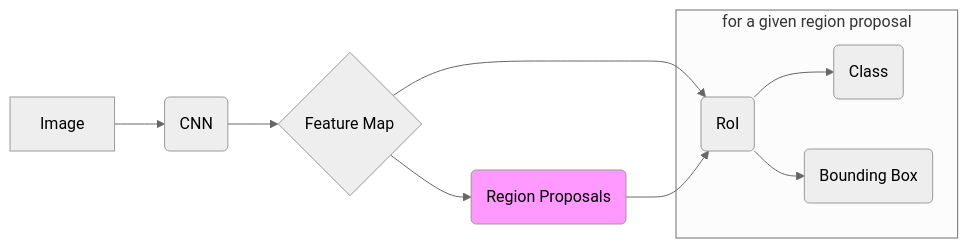
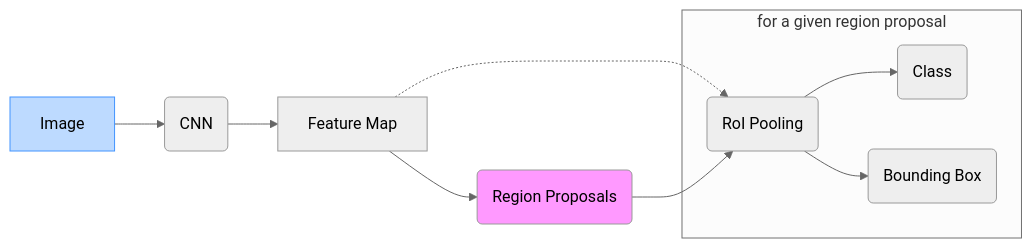
The diagram in thesis/chapters/podejscie/mask_r-cnn/faster_r-cnn.mmd (rzadp/badminton-monorepo), drawn with Mermaid (neutral theme) before and after one commit. The commit also changed 3 other files, not shown here.

```diff
--- a/thesis/chapters/podejscie/mask_r-cnn/faster_r-cnn.mmd
+++ b/thesis/chapters/podejscie/mask_r-cnn/faster_r-cnn.mmd
@@ -1,29 +1,30 @@
 graph LR
 
 %% ...::: NODES :::...
 
 input[Image]
 cnn(CNN)
-feature_map{Feature Map}
+feature_map[Feature Map]
 rpn(Region Proposals)
-roi(RoI)
+roi(RoI Pooling)
 
 clas(Class)
 bounding_box(Bounding Box)
 
 %% ...::: STYLING :::...
 
+style input fill:#bddaff,stroke:#4294ff
 style rpn fill:#f9f
 
 %% ...::: FLOWS :::...
 
 input-->cnn
 cnn-->feature_map
 feature_map-->rpn
 
-feature_map-->roi
+feature_map-.->roi
 rpn-->roi
 subgraph for a given region proposal
   roi-->clas
   roi-->bounding_box
 end
```
